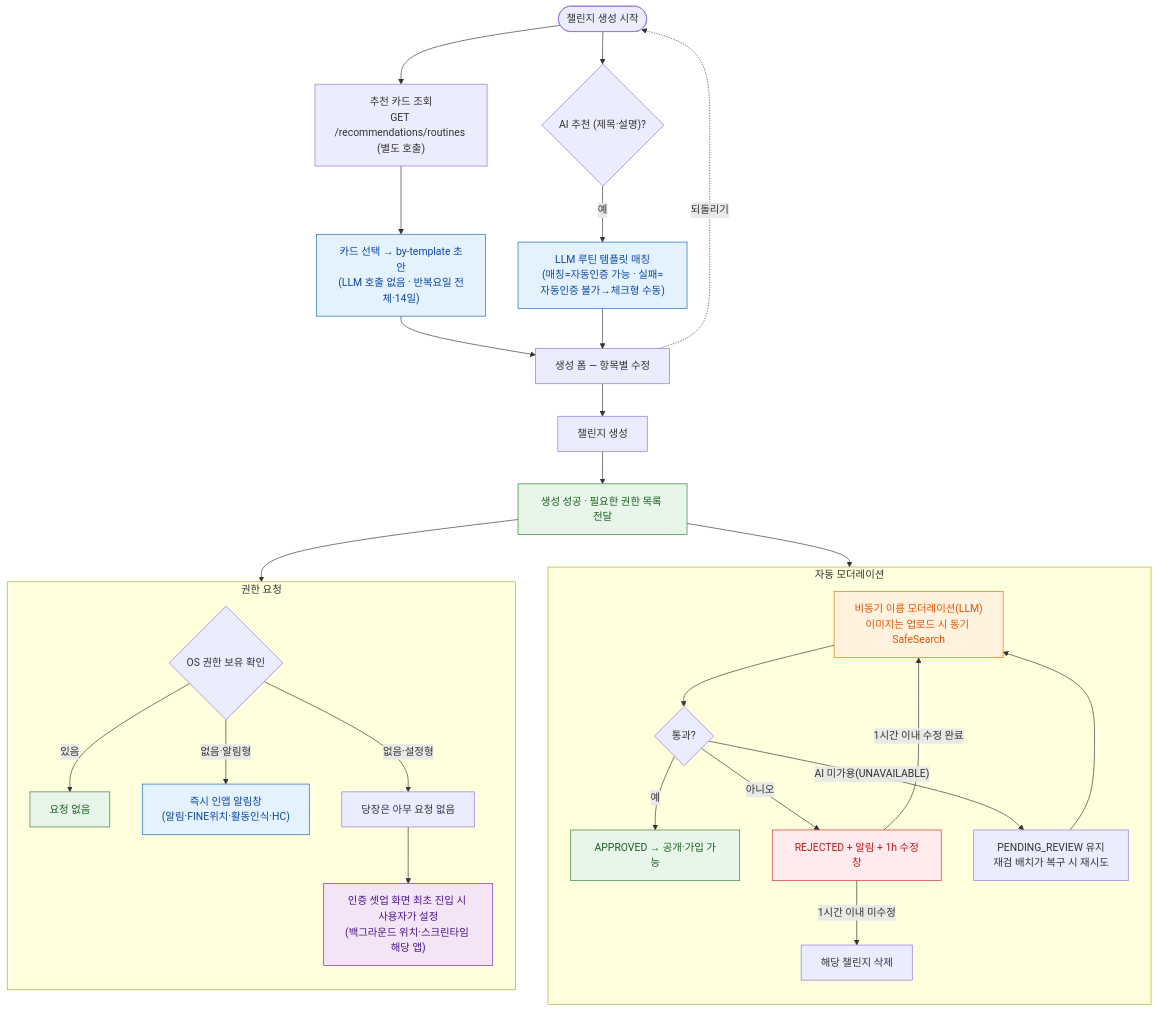
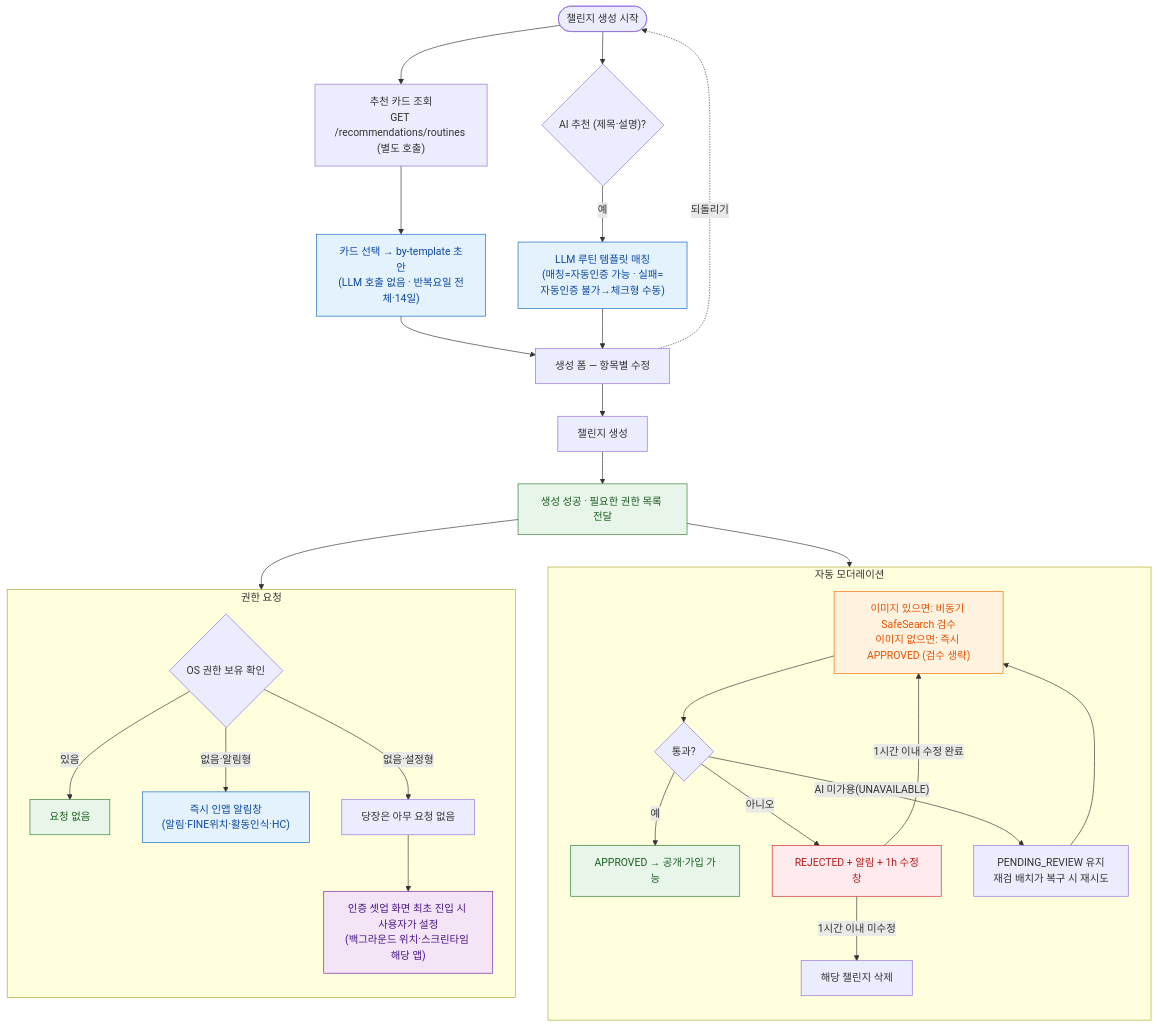
The first of 4 diagrams in docs/challenge/챌린지 생성 최종 수정 38ead4145fb680d8aac1e7a5e50130d6.md (RuleUp-ASM/Backend), drawn with Mermaid before and after one commit. The commit also changed other lines of this file and 23 other files, not shown here.

````diff
--- a/docs/challenge/챌린지 생성 최종 수정 38ead4145fb680d8aac1e7a5e50130d6.md
+++ b/docs/challenge/챌린지 생성 최종 수정 38ead4145fb680d8aac1e7a5e50130d6.md
@@ -62,50 +62,50 @@
 ```mermaid
 flowchart TD
     START(["챌린지 생성 시작"]) --> AI{"AI 추천 (제목·설명)?"}
     START --> RECO["추천 카드 조회<br/>GET /recommendations/routines (별도 호출)"]
     RECO --> FILL["카드 선택 → by-template 초안<br/>(LLM 호출 없음 · 반복요일 전체·14일)"]
     FILL --> EDIT["생성 폼 — 항목별 수정"]
     AI -->|예| REC["LLM 루틴 템플릿 매칭<br/>(매칭=자동인증 가능 · 실패=자동인증 불가→체크형 수동)"]
     REC --> EDIT
     EDIT --> CREATE["챌린지 생성"]
     CREATE --> OK["생성 성공 · 필요한 권한 목록 전달"]
 
     OK --> ASYNC
     OK --> C
 
     subgraph MOD ["자동 모더레이션"]
         direction TB
-        ASYNC["비동기 이름 모더레이션(LLM)<br/>이미지는 업로드 시 동기 SafeSearch"]
+        ASYNC["이미지 있으면: 비동기 SafeSearch 검수<br/>이미지 없으면: 즉시 APPROVED (검수 생략)"]
         ASYNC --> GATE{"통과?"}
         GATE -->|예| APP["APPROVED → 공개·가입 가능"]
         GATE -->|아니오| REJ["REJECTED + 알림 + 1h 수정창"]
         GATE -->|"AI 미가용(UNAVAILABLE)"| RETRY["PENDING_REVIEW 유지<br/>재검 배치가 복구 시 재시도"]
         RETRY --> ASYNC
         REJ -->|1시간 이내 수정 완료| ASYNC
         REJ -->|1시간 이내 미수정| DEL["해당 챌린지 삭제"]
     end
 
     subgraph PERM ["권한 요청"]
         direction TB
         C{"OS 권한 보유 확인"}
         C -->|있음| DONE["요청 없음"]
         C -->|"없음·알림형"| POP["즉시 인앱 알림창<br/>(알림·FINE위치·활동인식·HC)"]
         C -->|"없음·설정형"| WAIT["당장은 아무 요청 없음"]
         WAIT --> DEFER["인증 셋업 화면 최초 진입 시 사용자가 설정<br/>(백그라운드 위치·스크린타임 해당 앱)"]
     end
 
     EDIT -.->|되돌리기| START
 
     classDef ai fill:#E3F2FD,stroke:#1565C0,color:#0D47A1;
     classDef ok fill:#E8F5E9,stroke:#2E7D32,color:#1B5E20;
     classDef mod fill:#FFF3E0,stroke:#EF6C00,color:#E65100;
     classDef err fill:#FFEBEE,stroke:#C62828,color:#B71C1C;
     classDef pop fill:#E3F2FD,stroke:#1565C0,color:#0D47A1;
     classDef defer fill:#F3E5F5,stroke:#7B1FA2,color:#4A148C;
     class REC,FILL ai;
     class OK,APP,DONE ok;
     class ASYNC mod;
     class REJ err;
     class POP pop;
     class DEFER defer;
 ```
````
